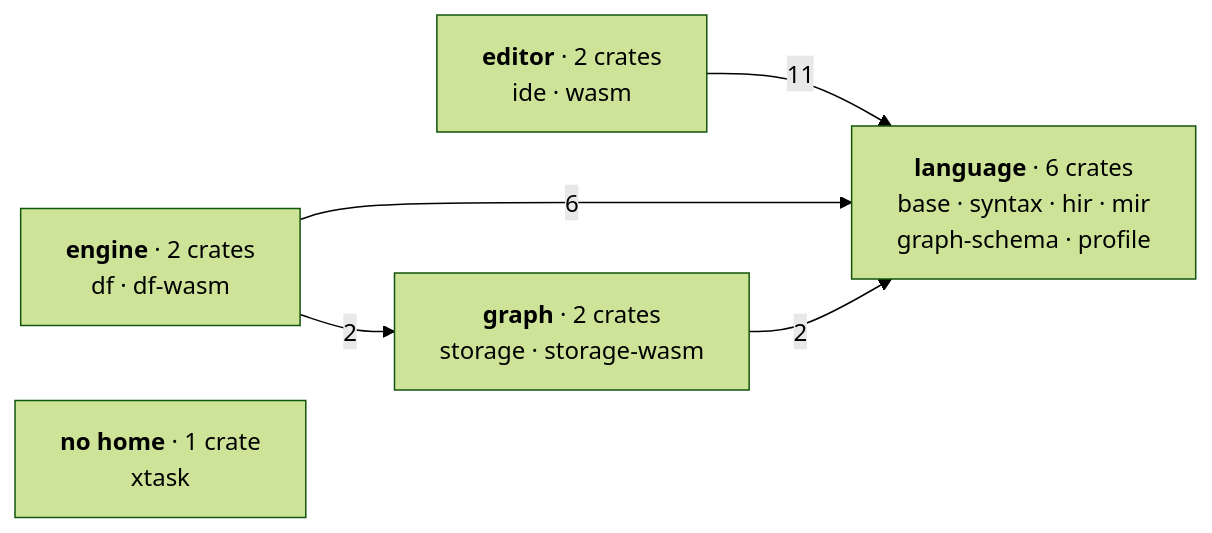
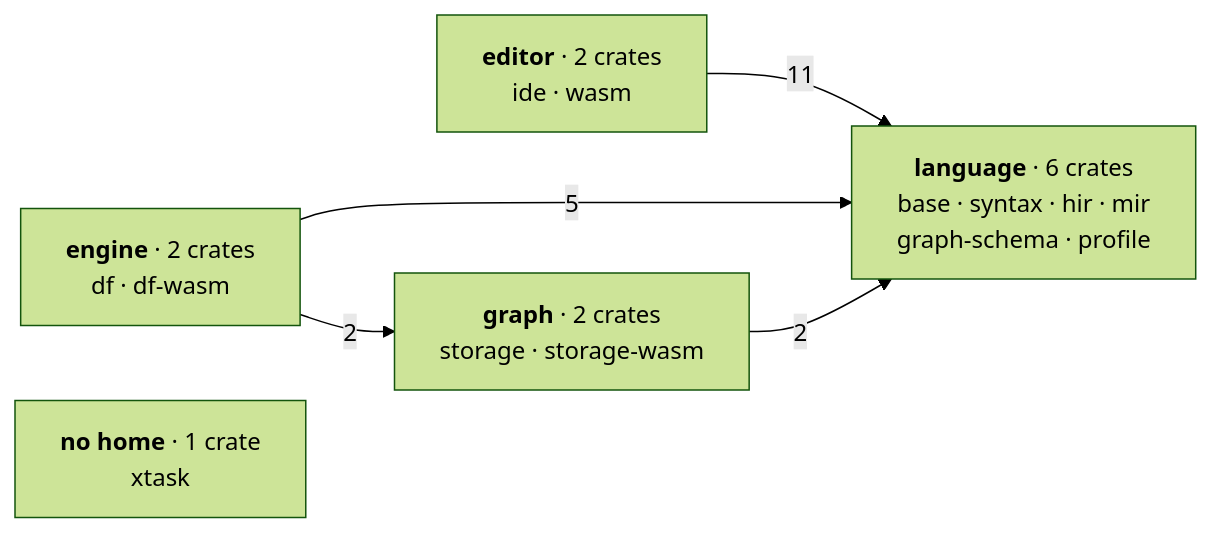
One commit to Kanzo-Tech/fossil-lang changed the diagram in docs/content/docs/(root)/architecture.mdx. Above: the diagram before and after it, drawn with Mermaid (forest theme). The commit also changed other lines of this file and 33 other files, not shown here.

````diff
--- a/docs/content/docs/(root)/architecture.mdx
+++ b/docs/content/docs/(root)/architecture.mdx
@@ -91,13 +91,13 @@
 ```mermaid
 graph LR
   L["<b>language</b> · 6 crates<br/>base · syntax · hir · mir<br/>graph-schema · profile"]
   E["<b>editor</b> · 2 crates<br/>ide · wasm"]
   M["<b>engine</b> · 2 crates<br/>df · df-wasm"]
   C["<b>graph</b> · 2 crates<br/>storage · storage-wasm"]
   X["<b>no home</b> · 1 crate<br/>xtask"]
 
   E -->|11| L
-  M -->|6| L
+  M -->|5| L
   M -->|2| C
   C -->|2| L
 ```
````
